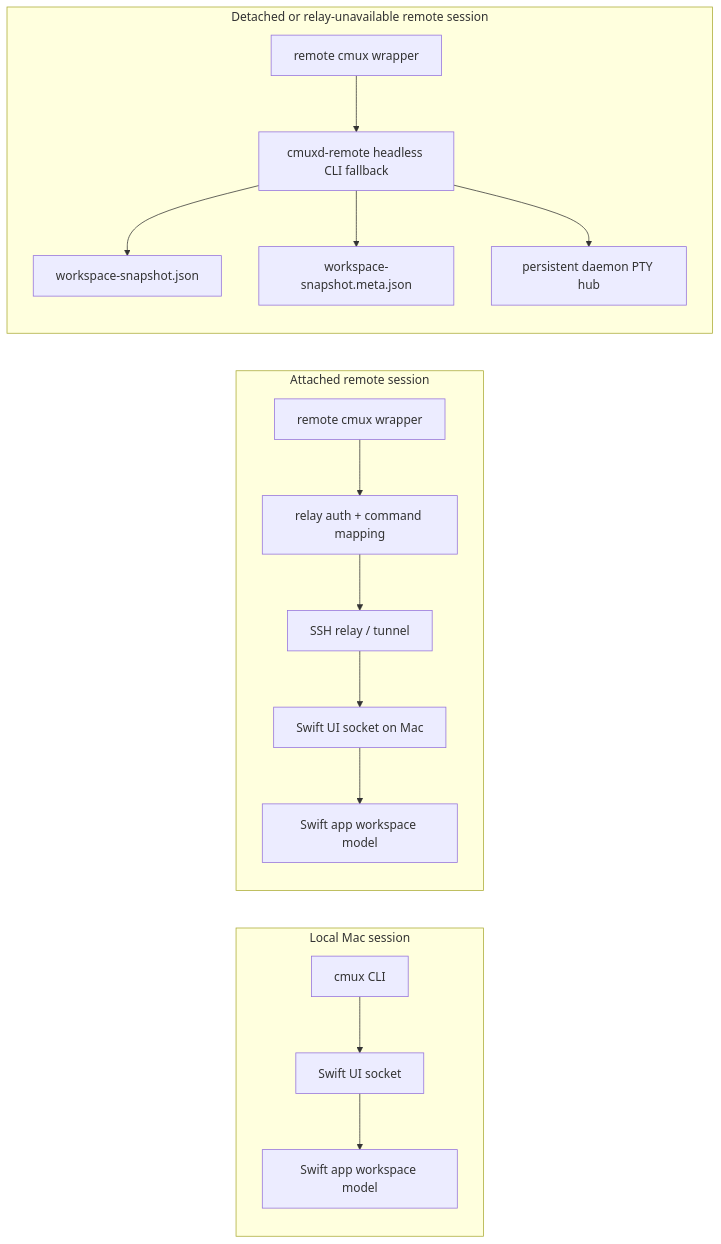
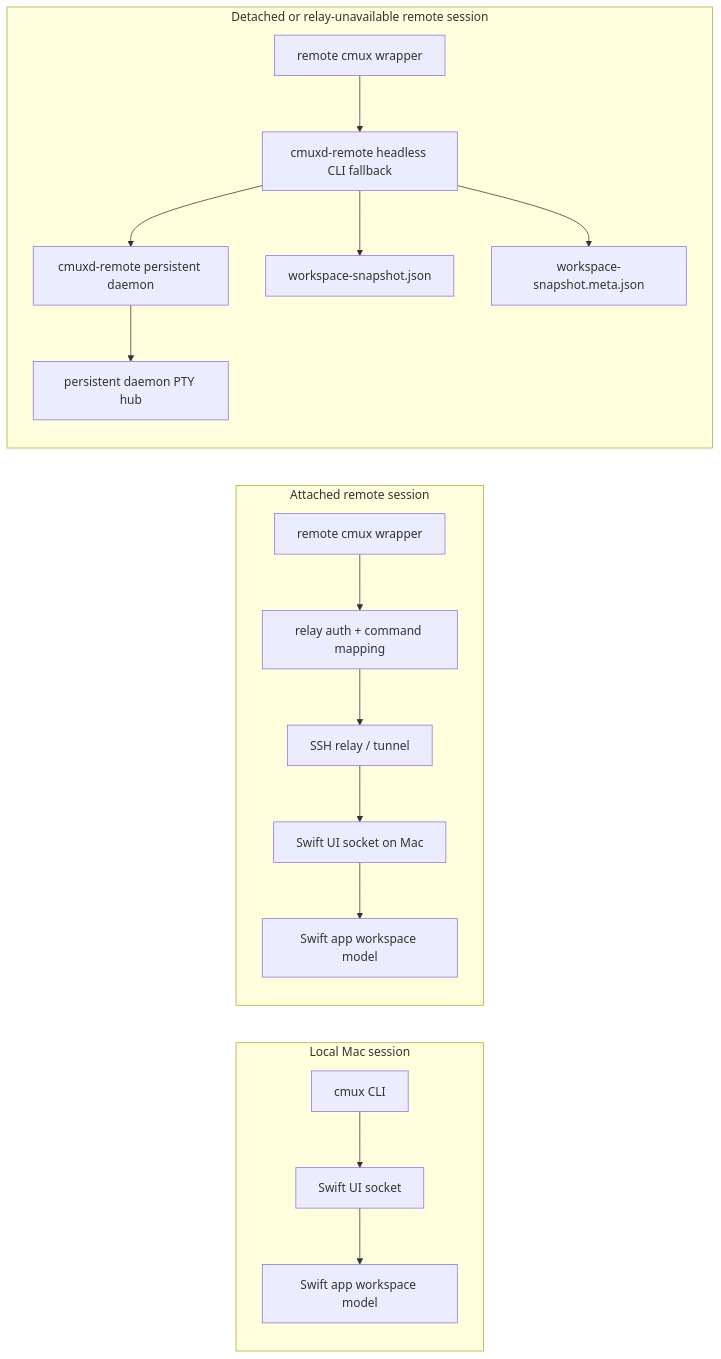
The first of 4 diagrams in docs/remote-workspace-detached-metadata-plan.md (edbordin-linktree/cmux), drawn with Mermaid before and after one commit. The commit also changed other lines of this file, not shown here.

Commit message:
Clarify snapshot RPC path in diagrams

````diff
--- a/docs/remote-workspace-detached-metadata-plan.md
+++ b/docs/remote-workspace-detached-metadata-plan.md
@@ -60,30 +62,32 @@
 ```mermaid
 flowchart LR
   subgraph Local["Local Mac session"]
     LCLI["cmux CLI"]
     LSocket["Swift UI socket"]
     LUI["Swift app workspace model"]
     LCLI --> LSocket --> LUI
   end
 
   subgraph Attached["Attached remote session"]
     RCLI["remote cmux wrapper"]
     RelayAuth["relay auth + command mapping"]
     SSHRelay["SSH relay / tunnel"]
     ASocket["Swift UI socket on Mac"]
     AUI["Swift app workspace model"]
     RCLI --> RelayAuth --> SSHRelay --> ASocket --> AUI
   end
 
   subgraph Detached["Detached or relay-unavailable remote session"]
     DCLI["remote cmux wrapper"]
     Headless["cmuxd-remote headless CLI fallback"]
+    SlotDaemon["cmuxd-remote persistent daemon"]
     Snapshot["workspace-snapshot.json"]
     Meta["workspace-snapshot.meta.json"]
     PTY["persistent daemon PTY hub"]
     DCLI --> Headless
+    Headless --> SlotDaemon
+    SlotDaemon --> PTY
     Headless --> Snapshot
     Headless --> Meta
-    Headless --> PTY
   end
 ```
````
